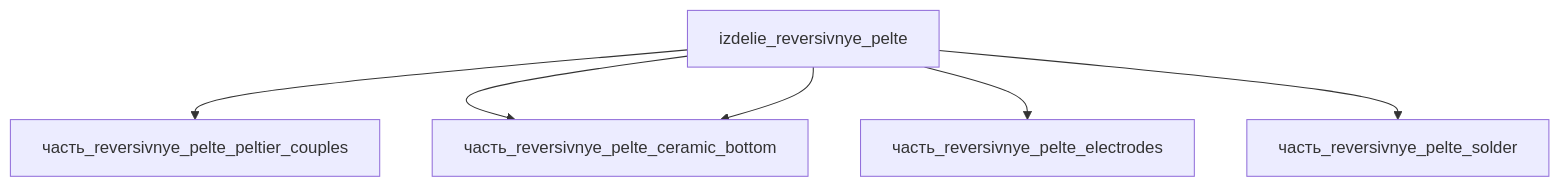
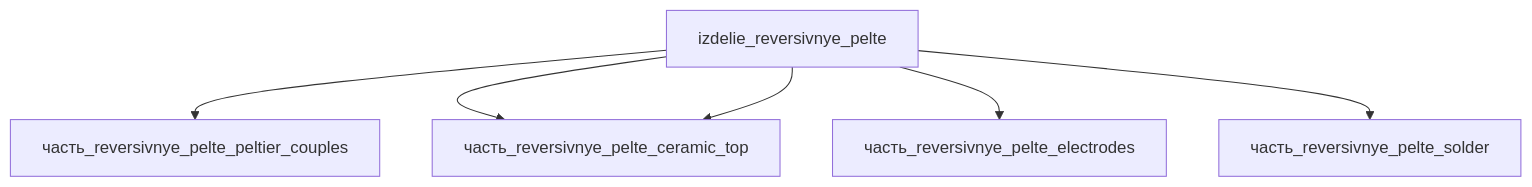
Before and after one commit to a-m-e-n-t-e-t/SkyNet: the diagram in реальные данные/изделия/энергетическая/reversivnye_pelte/_index.md, drawn with Mermaid. The commit also changed other lines of this file and 79 other files, not shown here.

````diff
--- a/реальные данные/изделия/энергетическая/reversivnye_pelte/_index.md
+++ b/реальные данные/изделия/энергетическая/reversivnye_pelte/_index.md
@@ -106,14 +104,13 @@
 ```mermaid
 graph TD
     reversivnye_pelte["izdelie_reversivnye_pelte"]
     reversivnye_pelte_peltier["часть_reversivnye_pelte_peltier_couples"]
     reversivnye_pelte --> reversivnye_pelte_peltier
     reversivnye_pelte_ceramic["часть_reversivnye_pelte_ceramic_top"]
     reversivnye_pelte --> reversivnye_pelte_ceramic
-    reversivnye_pelte_ceramic["часть_reversivnye_pelte_ceramic_bottom"]
     reversivnye_pelte --> reversivnye_pelte_ceramic
     reversivnye_pelte_electro["часть_reversivnye_pelte_electrodes"]
     reversivnye_pelte --> reversivnye_pelte_electro
     reversivnye_pelte_solder["часть_reversivnye_pelte_solder"]
     reversivnye_pelte --> reversivnye_pelte_solder
 ```
````
